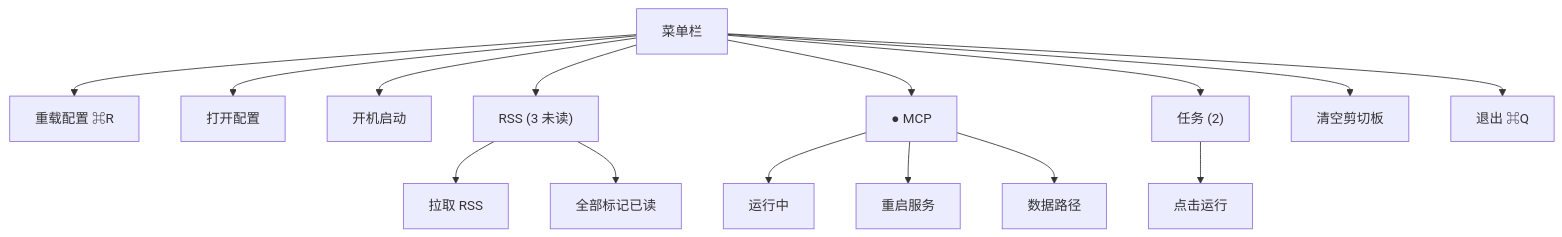
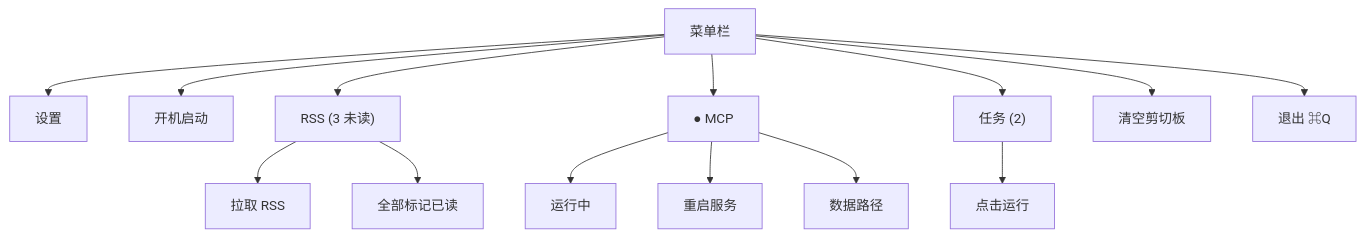
The second of 6 diagrams in README.zh.md (yuanyxh/utility), drawn with Mermaid before and after one commit. The commit also changed other lines of this file and 11 other files, not shown here.

````diff
--- a/README.zh.md
+++ b/README.zh.md
@@ -281,18 +281,17 @@
 ```mermaid
 flowchart TD
   menu["菜单栏"]
-  menu --> reload["重载配置 ⌘R"]
-  menu --> open["打开配置"]
+  menu --> settings["设置"]
   menu --> login["开机启动"]
   menu --> rss["RSS (3 未读)"]
   rss --> fetch["拉取 RSS"]
   rss --> read["全部标记已读"]
   menu --> mcp["● MCP"]
   mcp --> status["运行中"]
   mcp --> restart["重启服务"]
   mcp --> path["数据路径"]
   menu --> tasks["任务 (2)"]
   tasks --> run["点击运行"]
   menu --> clear["清空剪切板"]
   menu --> quit["退出 ⌘Q"]
 ```
````
